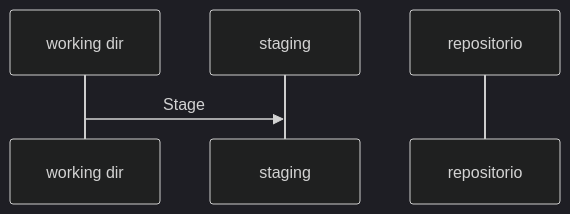
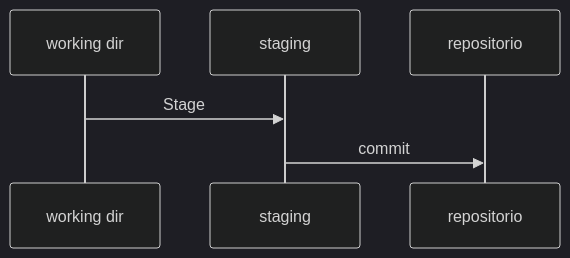
One commit to danielzamo/Introduction-to-git changed the diagram in README.md. Above: the diagram before and after it, drawn with Mermaid (dark theme).

````diff
--- a/README.md
+++ b/README.md
@@ -45,7 +45,8 @@
 ```mermaid
 sequenceDiagram
     participant working dir
     participant staging
     participant repositorio
     working dir->>staging: Stage
+    staging->>repositorio: commit
 ```
````
